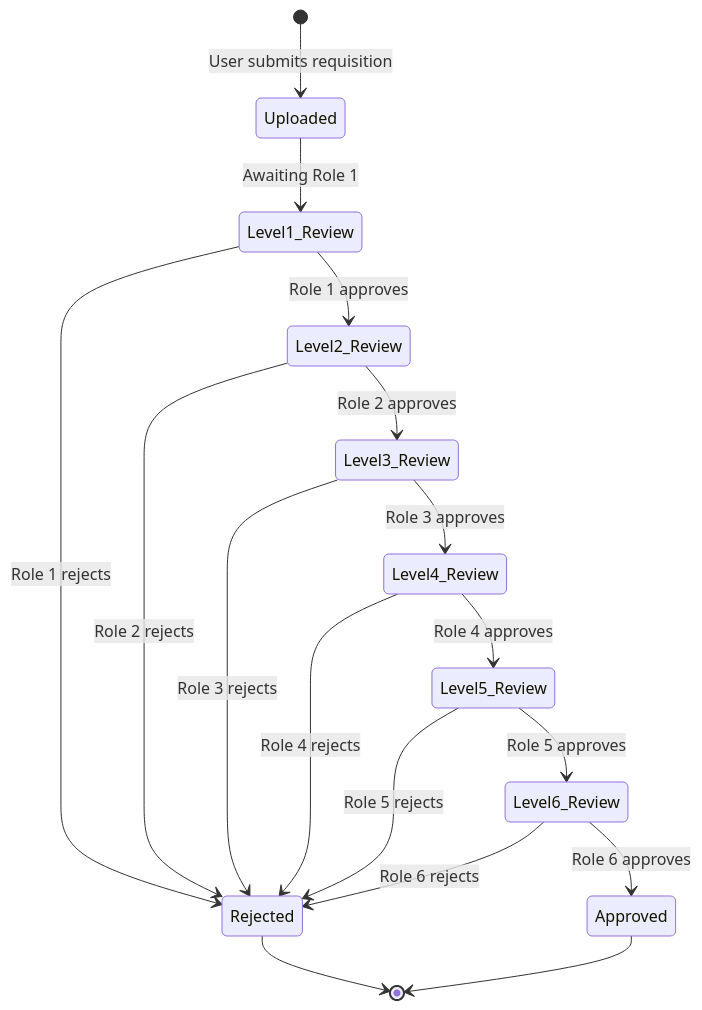
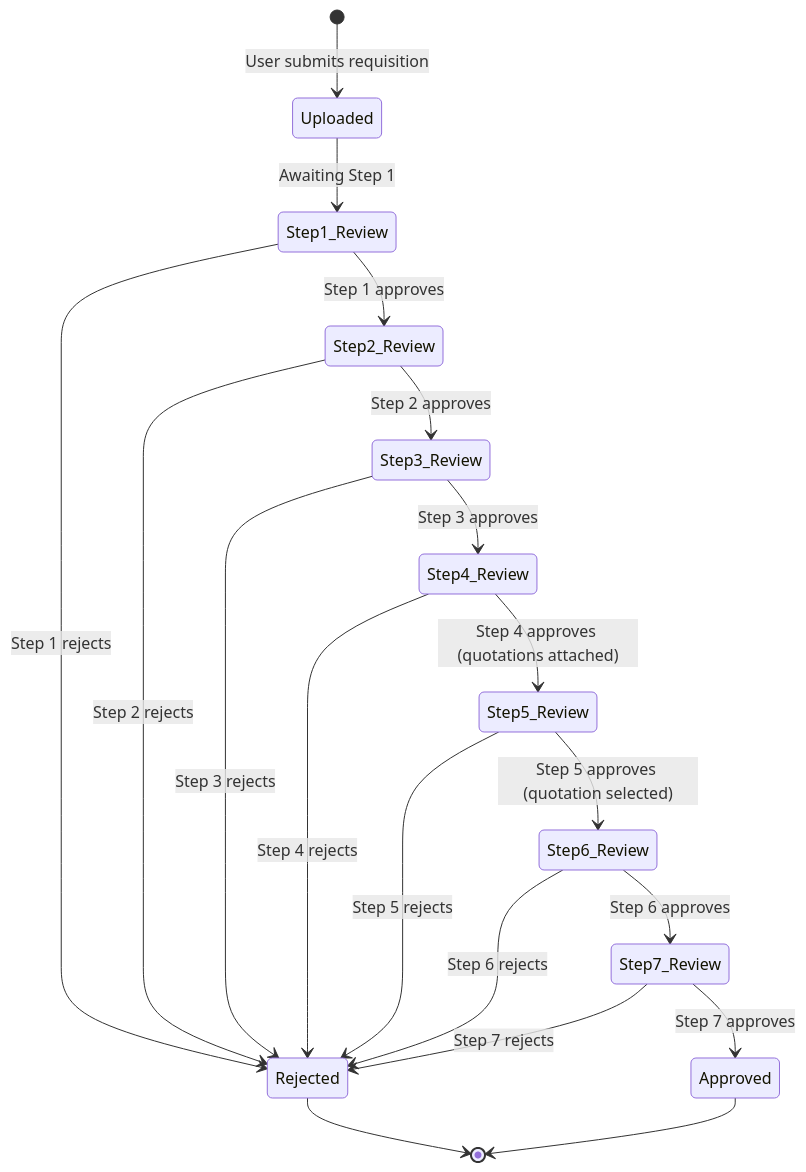
The first of 4 diagrams in ARCHITECTURE.md (AndresFelipeGA/cid-aprueba), drawn with Mermaid before and after one commit. The commit also changed other lines of this file and 22 other files, not shown here.

````diff
--- a/ARCHITECTURE.md
+++ b/ARCHITECTURE.md
@@ -13,19 +13,21 @@
 ```mermaid
 stateDiagram-v2
     [*] --> Uploaded: User submits requisition
-    Uploaded --> Level1_Review: Awaiting Role 1
-    Level1_Review --> Level2_Review: Role 1 approves
-    Level1_Review --> Rejected: Role 1 rejects
-    Level2_Review --> Level3_Review: Role 2 approves
-    Level2_Review --> Rejected: Role 2 rejects
-    Level3_Review --> Level4_Review: Role 3 approves
-    Level3_Review --> Rejected: Role 3 rejects
-    Level4_Review --> Level5_Review: Role 4 approves
-    Level4_Review --> Rejected: Role 4 rejects
-    Level5_Review --> Level6_Review: Role 5 approves
-    Level5_Review --> Rejected: Role 5 rejects
-    Level6_Review --> Approved: Role 6 approves
-    Level6_Review --> Rejected: Role 6 rejects
+    Uploaded --> Step1_Review: Awaiting Step 1
+    Step1_Review --> Step2_Review: Step 1 approves
+    Step1_Review --> Rejected: Step 1 rejects
+    Step2_Review --> Step3_Review: Step 2 approves
+    Step2_Review --> Rejected: Step 2 rejects
+    Step3_Review --> Step4_Review: Step 3 approves
+    Step3_Review --> Rejected: Step 3 rejects
+    Step4_Review --> Step5_Review: Step 4 approves (quotations attached)
+    Step4_Review --> Rejected: Step 4 rejects
+    Step5_Review --> Step6_Review: Step 5 approves (quotation selected)
+    Step5_Review --> Rejected: Step 5 rejects
+    Step6_Review --> Step7_Review: Step 6 approves
+    Step6_Review --> Rejected: Step 6 rejects
+    Step7_Review --> Approved: Step 7 approves
+    Step7_Review --> Rejected: Step 7 rejects
     Rejected --> [*]
     Approved --> [*]
 ```
````
